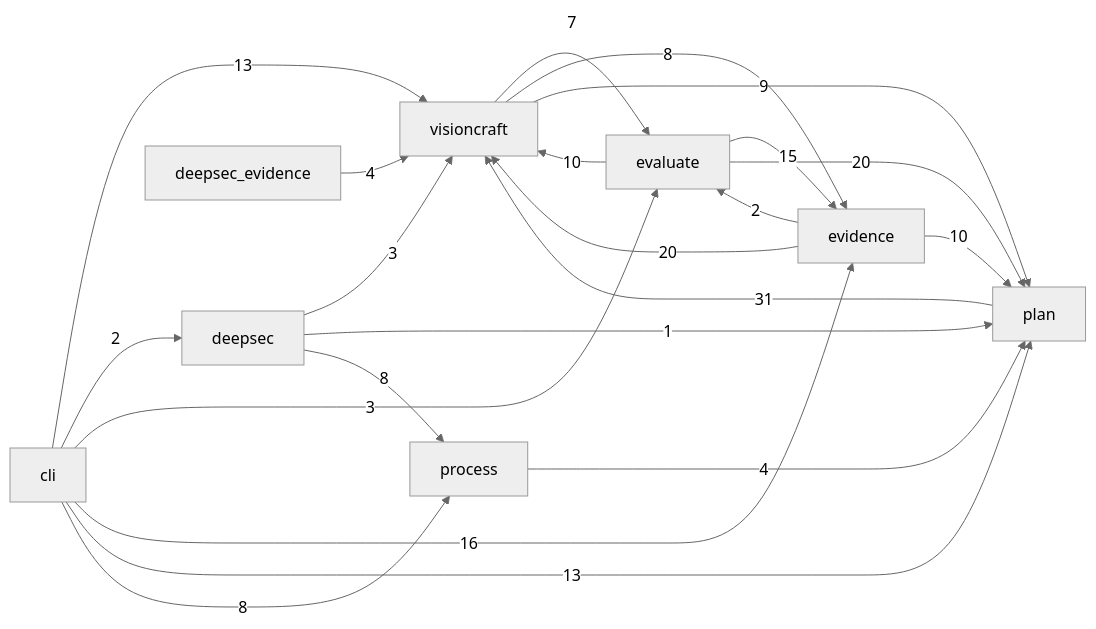
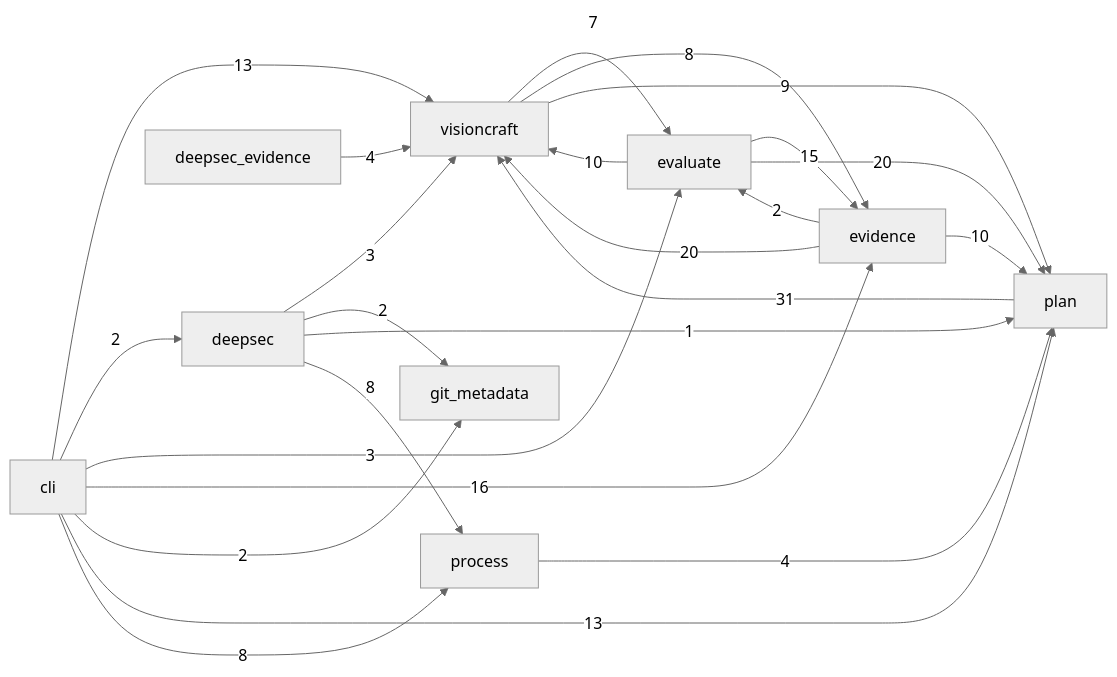
The second of 3 diagrams in docs/diagrams/generated/_overview.md (DreamLab-AI/visioncraft), drawn with Mermaid (neutral theme) before and after one commit. The commit also changed other lines of this file and 12 other files, not shown here.

Commit message:
Refresh verified ADRs and source-derived diagrams after review repairs

````diff
--- a/docs/diagrams/generated/_overview.md
+++ b/docs/diagrams/generated/_overview.md
@@ -39,32 +47,35 @@
 ```mermaid
 flowchart LR
   visioncraft["visioncraft"]
   visioncraft__cli["cli"]
   visioncraft__deepsec["deepsec"]
   visioncraft__deepsec_evidence["deepsec_evidence"]
   visioncraft__evaluate["evaluate"]
   visioncraft__evidence["evidence"]
+  visioncraft__git_metadata["git_metadata"]
   visioncraft__plan["plan"]
   visioncraft__process["process"]
   visioncraft -->|"7"| visioncraft__evaluate
   visioncraft -->|"8"| visioncraft__evidence
   visioncraft -->|"9"| visioncraft__plan
   visioncraft__cli -->|"13"| visioncraft
   visioncraft__cli -->|"2"| visioncraft__deepsec
   visioncraft__cli -->|"3"| visioncraft__evaluate
   visioncraft__cli -->|"16"| visioncraft__evidence
+  visioncraft__cli -->|"2"| visioncraft__git_metadata
   visioncraft__cli -->|"13"| visioncraft__plan
   visioncraft__cli -->|"8"| visioncraft__process
   visioncraft__deepsec -->|"3"| visioncraft
+  visioncraft__deepsec -->|"2"| visioncraft__git_metadata
   visioncraft__deepsec -->|"1"| visioncraft__plan
   visioncraft__deepsec -->|"8"| visioncraft__process
   visioncraft__deepsec_evidence -->|"4"| visioncraft
   visioncraft__evaluate -->|"10"| visioncraft
   visioncraft__evaluate -->|"15"| visioncraft__evidence
   visioncraft__evaluate -->|"20"| visioncraft__plan
   visioncraft__evidence -->|"20"| visioncraft
   visioncraft__evidence -->|"2"| visioncraft__evaluate
   visioncraft__evidence -->|"10"| visioncraft__plan
   visioncraft__plan -->|"31"| visioncraft
   visioncraft__process -->|"4"| visioncraft__plan
 ```
````
